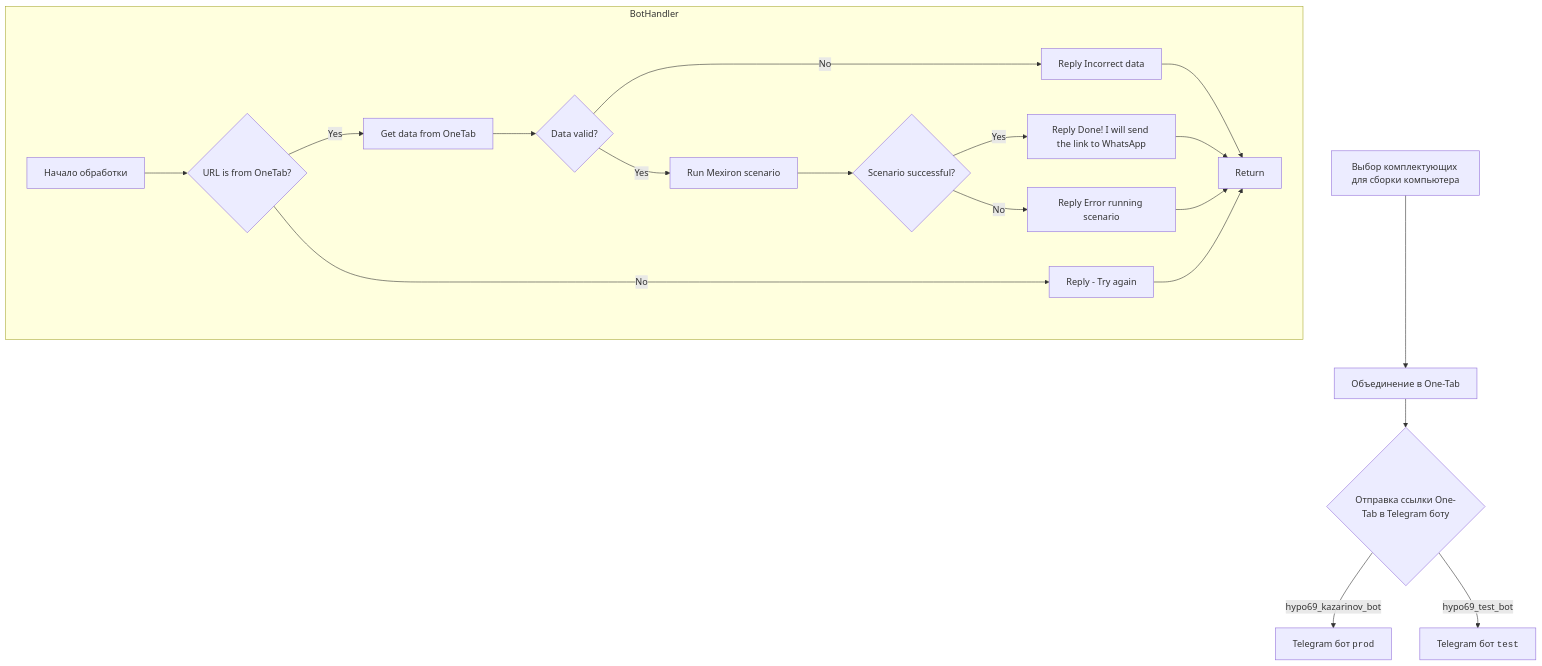
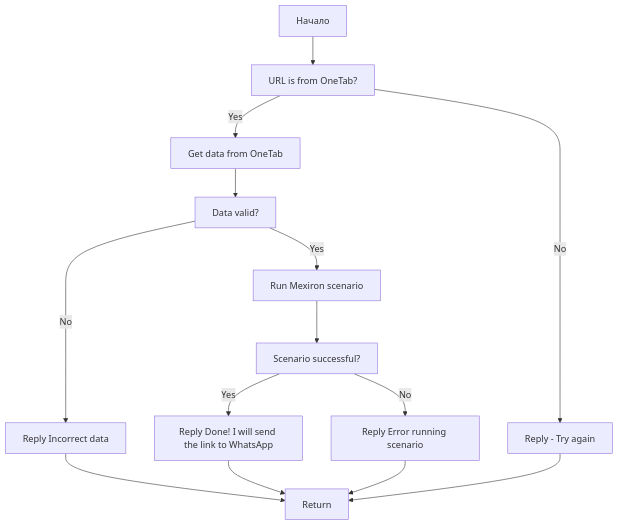
Before and after one commit to hypo69/hypo: the second of 2 diagrams in docs/gemini/ru/explainer/src/endpoints/kazarinov/README.MD.md, drawn with Mermaid. The commit also changed other lines of this file and 1505 other files, not shown here.

````diff
--- a/docs/gemini/ru/explainer/src/endpoints/kazarinov/README.MD.md
+++ b/docs/gemini/ru/explainer/src/endpoints/kazarinov/README.MD.md
@@ -46,23 +67,16 @@
 ```mermaid
 flowchart TD
-    Start[Выбор комплектующих для сборки компьютера] --> Combine[Объединение в One-Tab]
-    Combine --> SendToBot{Отправка ссылки One-Tab в Telegram боту}
-    SendToBot -->|hypo69_kazarinov_bot| ProdBot[Telegram бот <code>prod</code>]
-    SendToBot -->|hypo69_test_bot| TestBot[Telegram бот <code>test</code>]
-    
-    subgraph BotHandler
-    	BotStart[Начало обработки] --> CheckURL{URL is from OneTab?}
-    	CheckURL -- Yes --> GetData[Get data from OneTab]
-    	CheckURL -- No --> ReplyTryAgain[Reply - Try again]
-    	GetData --> ValidateData{Data valid?}
-    	ValidateData -- No --> ReplyIncorrectData[Reply Incorrect data]
-    	ValidateData -- Yes --> RunScenario[Run Mexiron scenario]
-    	RunScenario --> CheckScenario{Scenario successful?}
-    	CheckScenario -- Yes --> ReplyDone[Reply Done! I will send the link to WhatsApp]
-    	CheckScenario -- No --> ReplyError[Reply Error running scenario]
-    	ReplyIncorrectData --> Return[Return]
-    	ReplyDone --> Return[Return]
-    	ReplyTryAgain --> Return[Return]
-    	ReplyError --> Return[Return]
-    end
+    Start[Начало] --> CheckUrl[URL is from OneTab?]
+    CheckUrl -- Yes --> GetData[Get data from OneTab]
+    CheckUrl -- No --> ReplyTryAgain[Reply - Try again]
+    GetData --> ValidateData[Data valid?]
+    ValidateData -- No --> ReplyIncorrectData[Reply Incorrect data]
+    ValidateData -- Yes --> RunScenario[Run Mexiron scenario]
+    RunScenario --> CheckScenarioSuccess[Scenario successful?]
+    CheckScenarioSuccess -- Yes --> ReplyDone[Reply Done! I will send the link to WhatsApp]
+    CheckScenarioSuccess -- No --> ReplyErrorScenario[Reply Error running scenario]
+    ReplyIncorrectData --> Return[Return]
+     ReplyDone --> Return[Return]
+     ReplyTryAgain --> Return[Return]
+     ReplyErrorScenario --> Return[Return]
 ```
````
